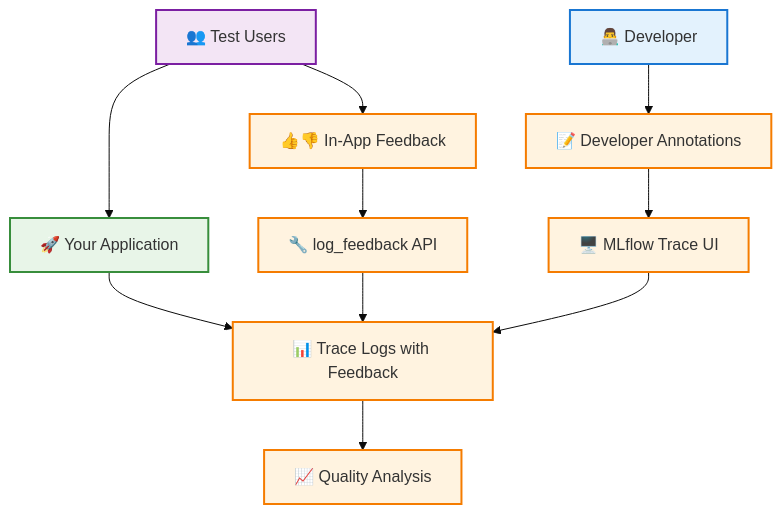
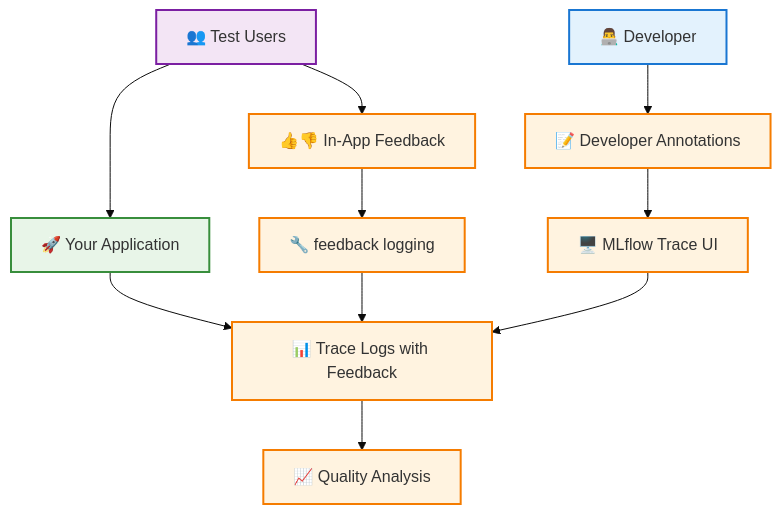
Before and after one commit to mlflow/mlflow: the third of 4 diagrams in docs/docs/genai/developer-workflow/phase1-build-improve.mdx, drawn with Mermaid (base theme). The commit also changed other lines of this file, not shown here.

````diff
--- a/docs/docs/genai/developer-workflow/phase1-build-improve.mdx
+++ b/docs/docs/genai/developer-workflow/phase1-build-improve.mdx
@@ -135,38 +134,38 @@
 ```mermaid
 flowchart TB
     USERS[👥 Test Users]
     DEV[👨‍💻 Developer]
 
     APP[🚀 Your Application]
     UI_FEEDBACK[👍👎 In-App Feedback]
     DEV_FEEDBACK[📝 Developer Annotations]
 
-    LOG_API[🔧 log_feedback API]
+    LOG_API[🔧 feedback logging]
     TRACE_UI[🖥️ MLflow Trace UI]
 
     TRACES[📊 Trace Logs with Feedback]
     ANALYSIS[📈 Quality Analysis]
 
     USERS --> APP
     USERS --> UI_FEEDBACK
     DEV --> DEV_FEEDBACK
 
     UI_FEEDBACK --> LOG_API
     DEV_FEEDBACK --> TRACE_UI
 
     APP --> TRACES
     LOG_API --> TRACES
     TRACE_UI --> TRACES
 
     TRACES --> ANALYSIS
 
     classDef userStyle fill:#f3e5f5,stroke:#7b1fa2,stroke-width:2px
     classDef devStyle fill:#e3f2fd,stroke:#1976d2,stroke-width:2px
     classDef appStyle fill:#e8f5e8,stroke:#388e3c,stroke-width:2px
     classDef dataStyle fill:#fff3e0,stroke:#f57c00,stroke-width:2px
 
     class USERS userStyle
     class DEV devStyle
     class APP appStyle
     class UI_FEEDBACK,DEV_FEEDBACK,LOG_API,TRACE_UI,TRACES,ANALYSIS dataStyle
 ```
````
